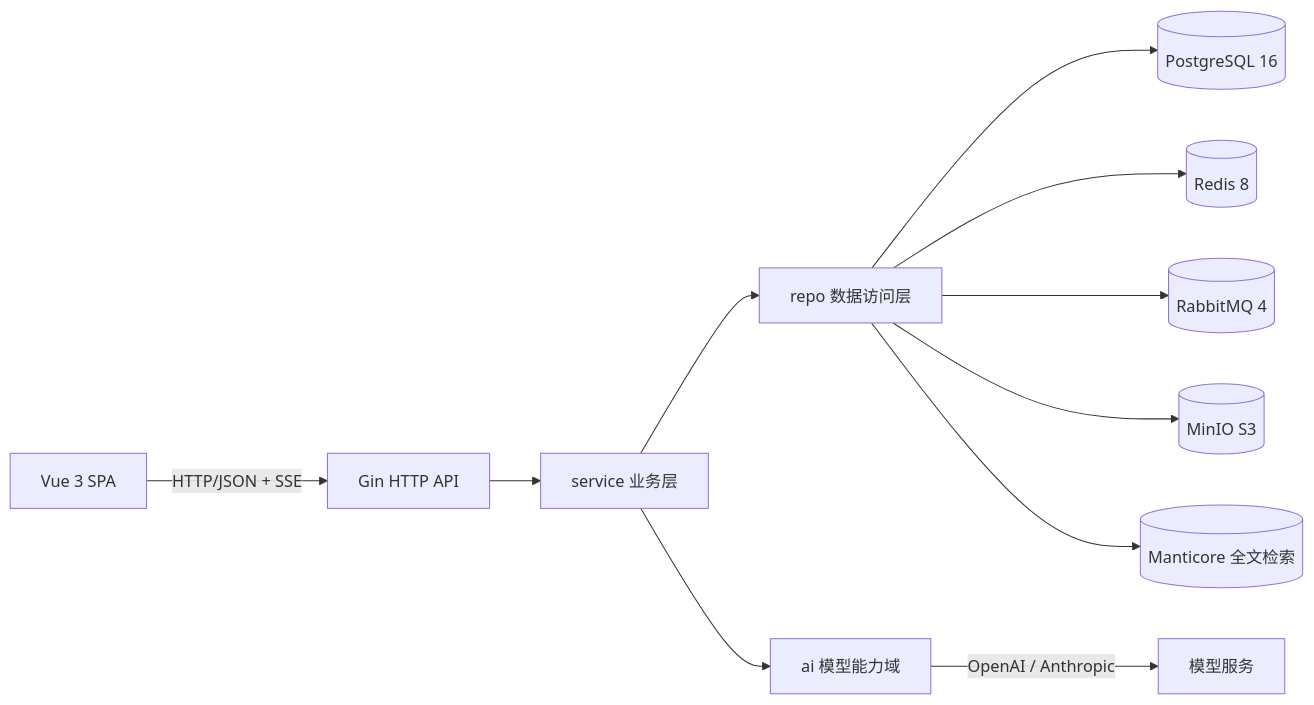
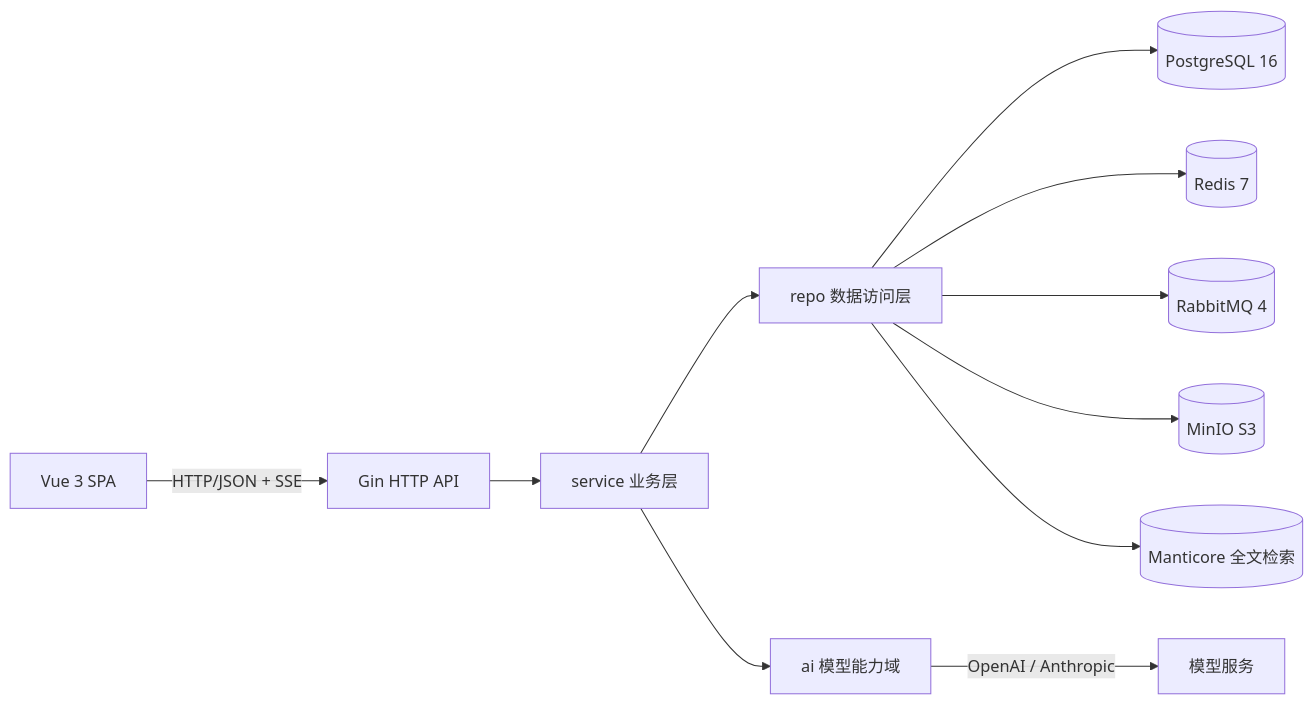
Before and after one commit to 2132691342/NovelWorkbench: the first of 2 diagrams in doc/architecture.md, drawn with Mermaid. The commit also changed other lines of this file and 148 other files, not shown here.

````diff
--- a/doc/architecture.md
+++ b/doc/architecture.md
@@ -16,13 +22,13 @@
 ```mermaid
 flowchart LR
   FE[Vue 3 SPA] -->|HTTP/JSON + SSE| API[Gin HTTP API]
   API --> SVC[service 业务层]
   SVC --> REPO[repo 数据访问层]
   SVC --> AI[ai 模型能力域]
   REPO --> PG[(PostgreSQL 16)]
-  REPO --> REDIS[(Redis 8)]
+  REPO --> REDIS[(Redis 7)]
   REPO --> MQ[(RabbitMQ 4)]
   REPO --> MINIO[(MinIO S3)]
   REPO --> MANTICORE[(Manticore 全文检索)]
   AI -->|OpenAI / Anthropic| LLM[模型服务]
 ```
````
